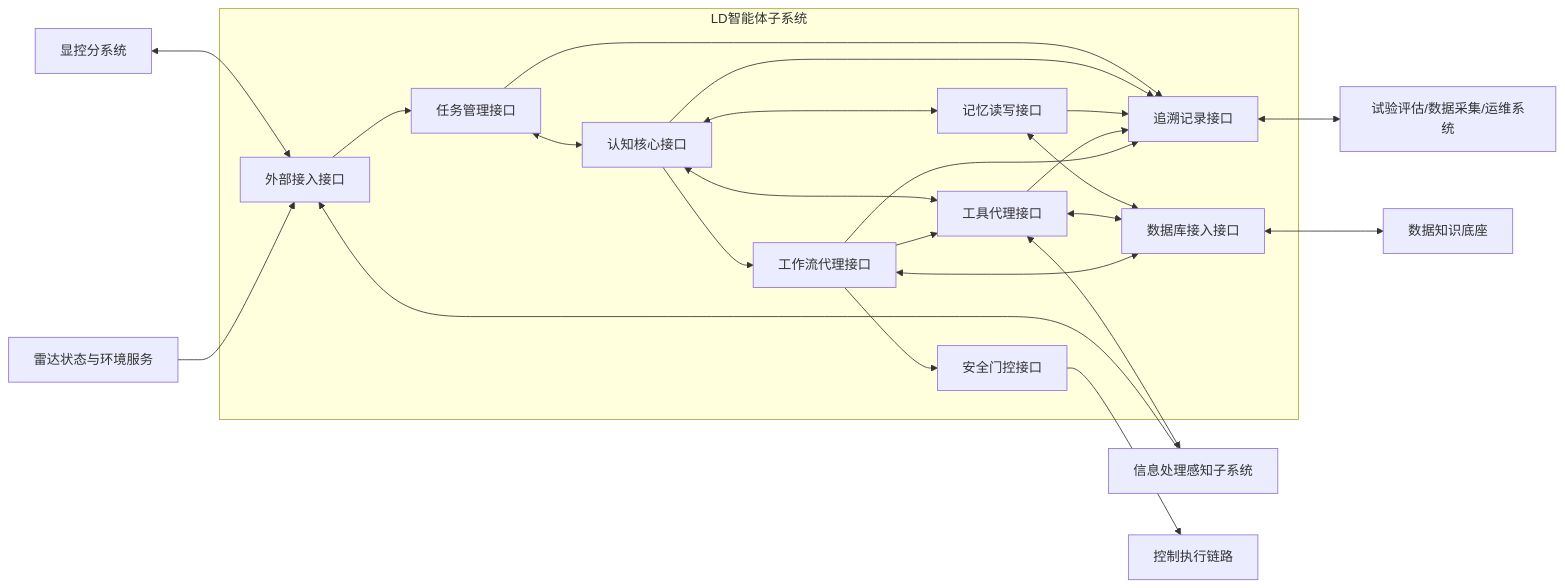
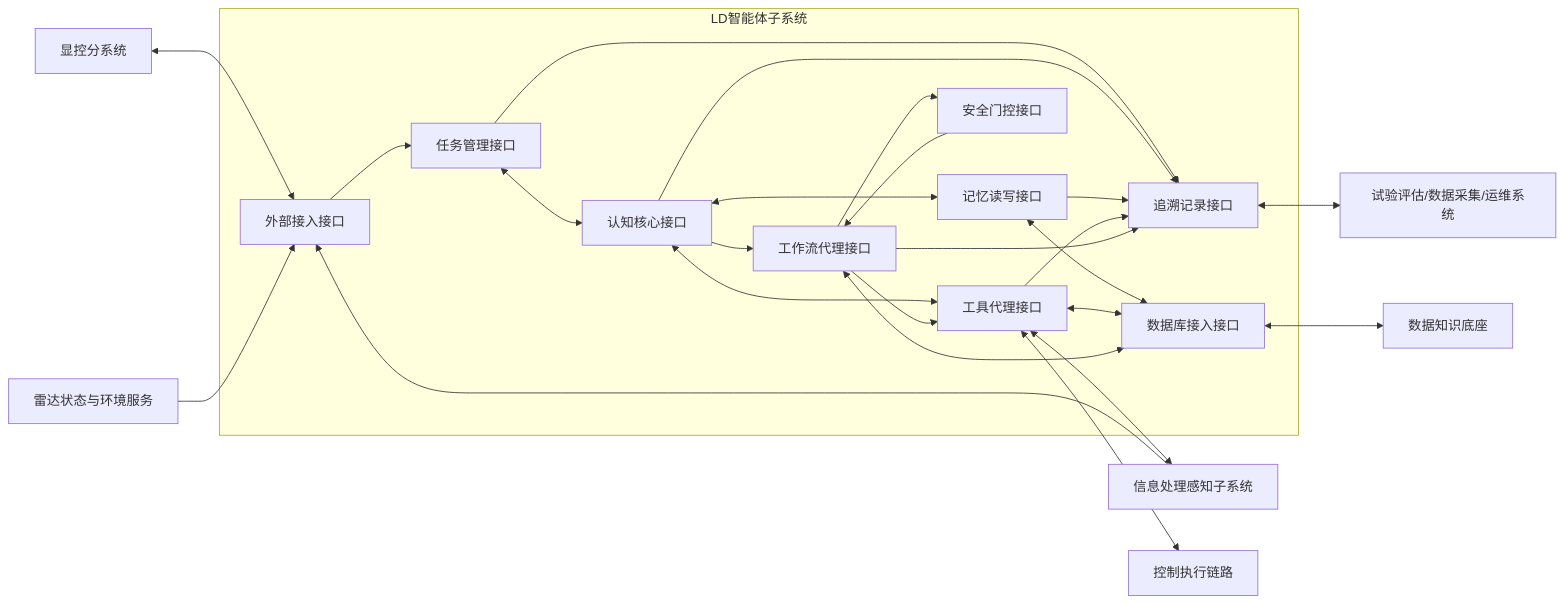
One commit to StormSeven1/obsidian-vault changed the seventh of 7 diagrams in radar agent/4.3.3.2 LD智能体子系统技术方案.md. Above: the diagram before and after it, drawn with Mermaid. The commit also changed other lines of this file, not shown here.

````diff
--- a/radar agent/4.3.3.2 LD智能体子系统技术方案.md
+++ b/radar agent/4.3.3.2 LD智能体子系统技术方案.md
@@ -598,44 +598,45 @@
 ```mermaid
 graph LR
     HMI[显控分系统]
     MODEL[信息处理感知子系统]
     STATE[雷达状态与环境服务]
     CTRL[控制执行链路]
     DATA[数据知识底座]
     OPS[试验评估/数据采集/运维系统]
 
     subgraph AGENT[LD智能体子系统]
         A1[外部接入接口]
         A2[任务管理接口]
         A3[认知核心接口]
         A4[记忆读写接口]
         A5[工具代理接口]
         A6[工作流代理接口]
         A7[安全门控接口]
         A8[追溯记录接口]
         A9[数据库接入接口]
     end
 
     HMI <--> A1
     MODEL --> A1
     STATE --> A1
     A1 --> A2
     A2 <--> A3
     A3 <--> A4
     A3 <--> A5
     A4 <--> A9
     A5 <--> A9
     A6 <--> A9
     A9 <--> DATA
     A5 <--> MODEL
     A3 --> A6
+    A6 --> A7
+    A7 --> A6
     A6 --> A5
-    A6 --> A7
-    A7 --> CTRL
+    A5 <--> CTRL
     A2 --> A8
     A3 --> A8
     A4 --> A8
     A5 --> A8
     A6 --> A8
     A8 <--> OPS
 ```
````
